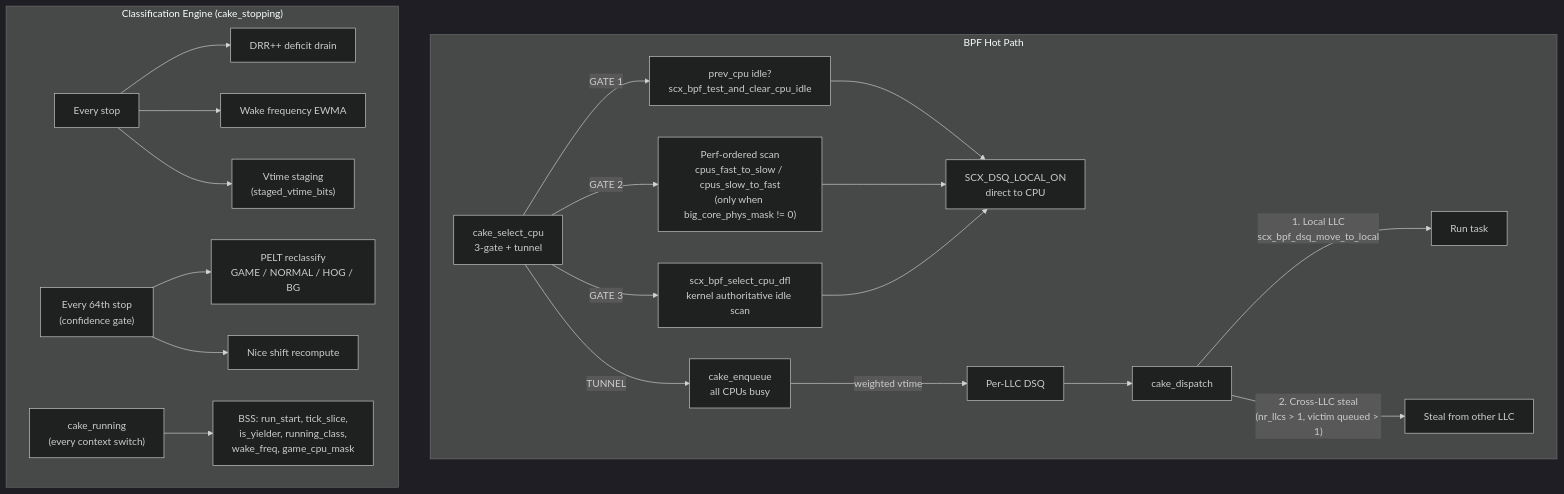
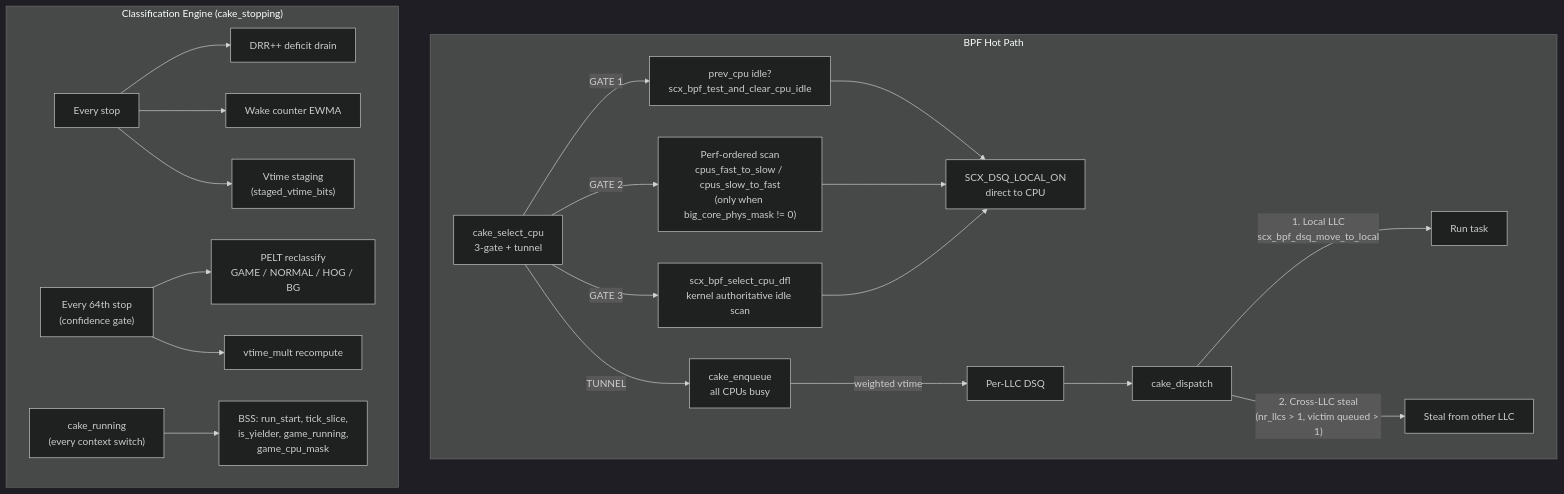
Before and after one commit to sched-ext/scx: the first of 2 diagrams in scheds/rust/scx_cake/README.md, drawn with Mermaid (dark theme). The commit also changed other lines of this file and 9 other files, not shown here.

````diff
--- a/scheds/rust/scx_cake/README.md
+++ b/scheds/rust/scx_cake/README.md
@@ -152,27 +151,27 @@
 ```mermaid
 flowchart TD
     subgraph HOT["BPF Hot Path"]
         SELECT["cake_select_cpu<br/>3-gate + tunnel"] --> |GATE 1| PREV["prev_cpu idle?<br/>scx_bpf_test_and_clear_cpu_idle"]
         SELECT --> |GATE 2| SCAN["Perf-ordered scan<br/>cpus_fast_to_slow / cpus_slow_to_fast<br/>(only when big_core_phys_mask != 0)"]
         SELECT --> |GATE 3| KERNEL["scx_bpf_select_cpu_dfl<br/>kernel authoritative idle scan"]
         SELECT --> |TUNNEL| ENQ["cake_enqueue<br/>all CPUs busy"]
 
         PREV --> LOCALON["SCX_DSQ_LOCAL_ON<br/>direct to CPU"]
         SCAN --> LOCALON
         KERNEL --> LOCALON
 
         ENQ --> |"weighted vtime"| LLCDSQ["Per-LLC DSQ"]
         LLCDSQ --> DISPATCH["cake_dispatch"]
         DISPATCH --> |"1. Local LLC<br/>scx_bpf_dsq_move_to_local"| LOCAL["Run task"]
         DISPATCH --> |"2. Cross-LLC steal<br/>(nr_llcs > 1, victim queued > 1)"| STEAL["Steal from other LLC"]
     end
 
     subgraph CLASSIFY["Classification Engine (cake_stopping)"]
         EVERY["Every stop"] --> DEFICIT["DRR++ deficit drain"]
-        EVERY --> WFREQ["Wake frequency EWMA"]
+        EVERY --> WFREQ["Wake counter EWMA"]
         EVERY --> VTIME["Vtime staging<br/>(staged_vtime_bits)"]
         GATE64["Every 64th stop<br/>(confidence gate)"] --> RECLASS["PELT reclassify<br/>GAME / NORMAL / HOG / BG"]
-        GATE64 --> NICE["Nice shift recompute"]
-        RUNNING["cake_running<br/>(every context switch)"] --> STAMP["BSS: run_start, tick_slice,<br/>is_yielder, running_class,<br/>wake_freq, game_cpu_mask"]
+        GATE64 --> NICE["vtime_mult recompute"]
+        RUNNING["cake_running<br/>(every context switch)"] --> STAMP["BSS: run_start, tick_slice,<br/>is_yielder, game_running,<br/>game_cpu_mask"]
     end
 ```
````
